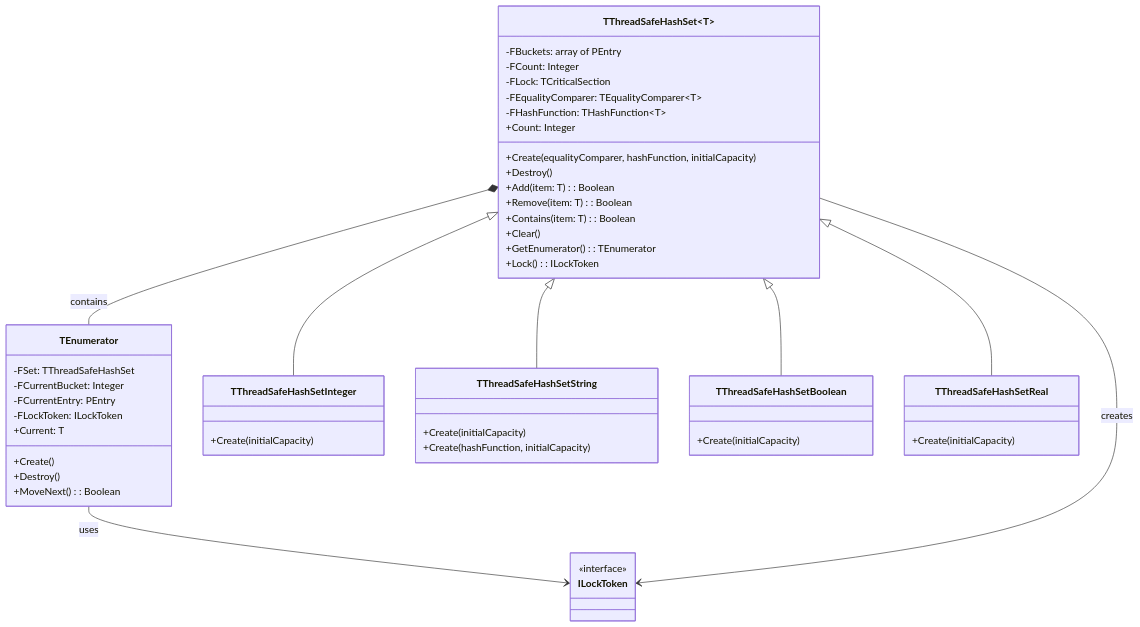
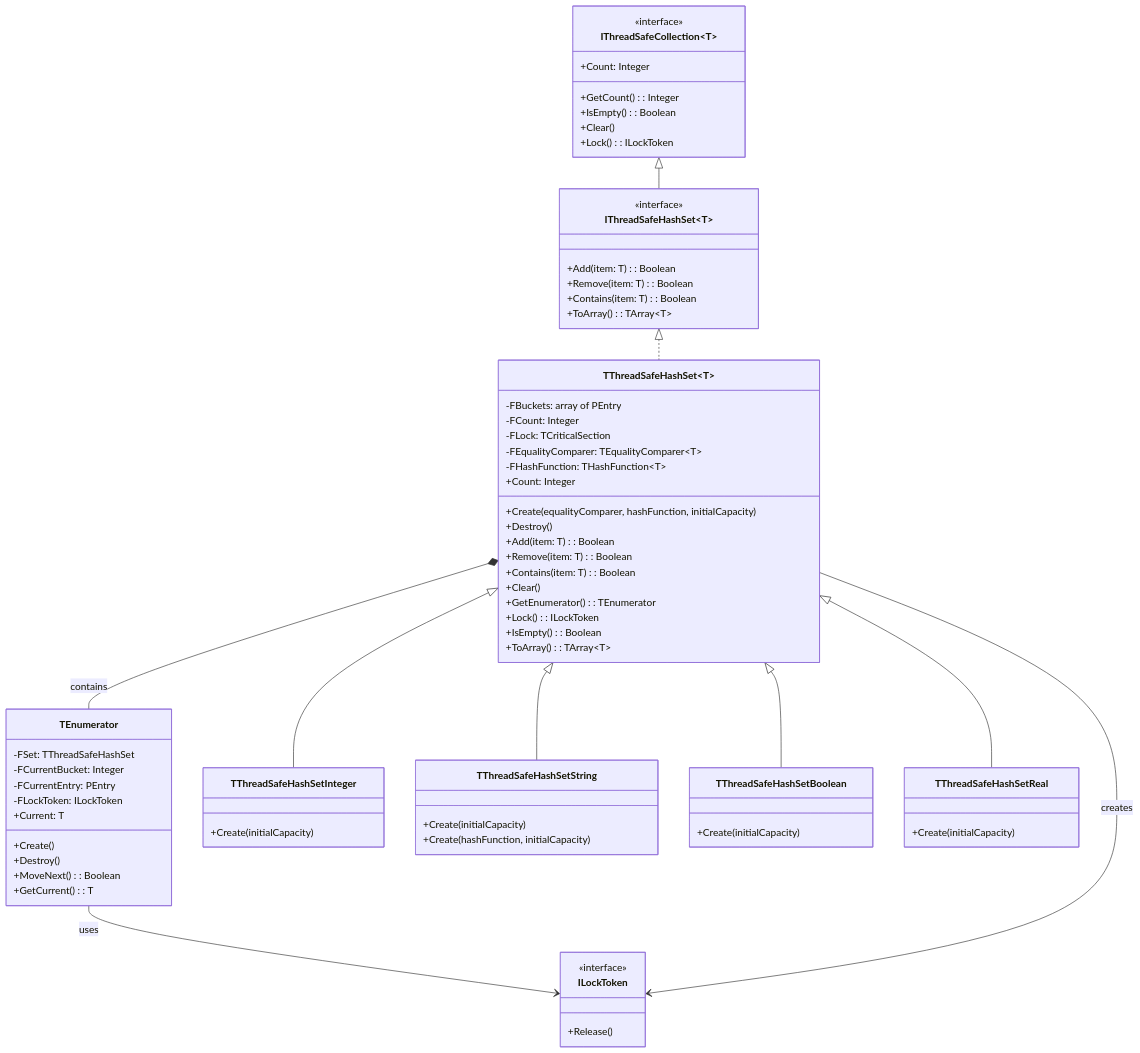
Before and after one commit to ikelaiah/threadsafecollections-fp: the diagram in docs/ThreadSafeCollections.HashSet.md, drawn with Mermaid. The commit also changed 2 other files, not shown here.

Commit message:
Update - Updated docs for Dictionary, HashSet, and List

````diff
--- a/docs/ThreadSafeCollections.HashSet.md
+++ b/docs/ThreadSafeCollections.HashSet.md
@@ -8,52 +8,74 @@
 ```mermaid
 classDiagram
-class TThreadSafeHashSet~T~ {
--FBuckets: array of PEntry
--FCount: Integer
--FLock: TCriticalSection
--FEqualityComparer: TEqualityComparer~T~
--FHashFunction: THashFunction~T~
-+Create(equalityComparer, hashFunction, initialCapacity)
-+Destroy()
-+Add(item: T): Boolean
-+Remove(item: T): Boolean
-+Contains(item: T): Boolean
-+Clear()
-+Count: Integer
-+GetEnumerator(): TEnumerator
-+Lock(): ILockToken
-}
-class TEnumerator {
--FSet: TThreadSafeHashSet
--FCurrentBucket: Integer
--FCurrentEntry: PEntry
--FLockToken: ILockToken
-+Create()
-+Destroy()
-+MoveNext(): Boolean
-+Current: T
-}
-class ILockToken {
-<<interface>>
-}
-class TThreadSafeHashSetInteger {
-+Create(initialCapacity)
-}
-class TThreadSafeHashSetString {
-+Create(initialCapacity)
-+Create(hashFunction, initialCapacity)
-}
-class TThreadSafeHashSetBoolean {
-+Create(initialCapacity)
-}
-class TThreadSafeHashSetReal {
-+Create(initialCapacity)
-}
-TThreadSafeHashSet~T~ <|-- TThreadSafeHashSetInteger
-TThreadSafeHashSet~T~ <|-- TThreadSafeHashSetString
-TThreadSafeHashSet~T~ <|-- TThreadSafeHashSetBoolean
-TThreadSafeHashSet~T~ <|-- TThreadSafeHashSetReal
-TThreadSafeHashSet~T~ *-- TEnumerator : contains
-TEnumerator --> ILockToken : uses
-TThreadSafeHashSet~T~ --> ILockToken : creates
+    class IThreadSafeCollection~T~ {
+        <<interface>>
+        +GetCount(): Integer
+        +IsEmpty(): Boolean
+        +Clear()
+        +Lock(): ILockToken
+        +Count: Integer
+    }
+    class IThreadSafeHashSet~T~ {
+        <<interface>>
+        +Add(item: T): Boolean
+        +Remove(item: T): Boolean
+        +Contains(item: T): Boolean
+        +ToArray(): TArray~T~
+    }
+    class TThreadSafeHashSet~T~ {
+        -FBuckets: array of PEntry
+        -FCount: Integer
+        -FLock: TCriticalSection
+        -FEqualityComparer: TEqualityComparer~T~
+        -FHashFunction: THashFunction~T~
+        +Create(equalityComparer, hashFunction, initialCapacity)
+        +Destroy()
+        +Add(item: T): Boolean
+        +Remove(item: T): Boolean
+        +Contains(item: T): Boolean
+        +Clear()
+        +Count: Integer
+        +GetEnumerator(): TEnumerator
+        +Lock(): ILockToken
+        +IsEmpty(): Boolean
+        +ToArray(): TArray~T~
+    }
+    class TEnumerator {
+        -FSet: TThreadSafeHashSet
+        -FCurrentBucket: Integer
+        -FCurrentEntry: PEntry
+        -FLockToken: ILockToken
+        +Create()
+        +Destroy()
+        +MoveNext(): Boolean
+        +GetCurrent(): T
+        +Current: T
+    }
+    class ILockToken {
+        <<interface>>
+        +Release()
+    }
+    class TThreadSafeHashSetInteger {
+        +Create(initialCapacity)
+    }
+    class TThreadSafeHashSetString {
+        +Create(initialCapacity)
+        +Create(hashFunction, initialCapacity)
+    }
+    class TThreadSafeHashSetBoolean {
+        +Create(initialCapacity)
+    }
+    class TThreadSafeHashSetReal {
+        +Create(initialCapacity)
+    }
+
+    IThreadSafeCollection~T~ <|-- IThreadSafeHashSet~T~
+    IThreadSafeHashSet~T~ <|.. TThreadSafeHashSet~T~
+    TThreadSafeHashSet~T~ <|-- TThreadSafeHashSetInteger
+    TThreadSafeHashSet~T~ <|-- TThreadSafeHashSetString
+    TThreadSafeHashSet~T~ <|-- TThreadSafeHashSetBoolean
+    TThreadSafeHashSet~T~ <|-- TThreadSafeHashSetReal
+    TThreadSafeHashSet~T~ *-- TEnumerator : contains
+    TEnumerator --> ILockToken : uses
+    TThreadSafeHashSet~T~ --> ILockToken : creates
 ```
````
